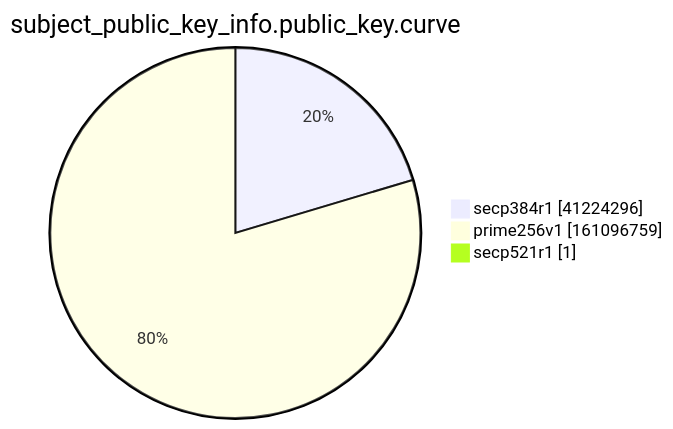
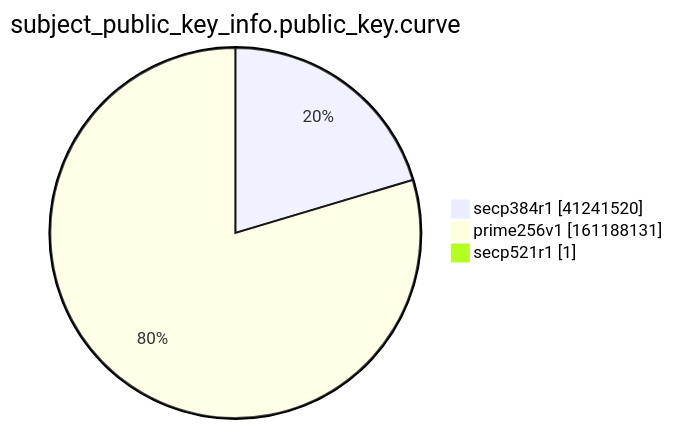
The ninth of 15 diagrams in xenon2022/README.md (christiankrug/ctmonitor_visualization), drawn with Mermaid before and after one commit. The commit also changed other lines of this file, not shown here.

````diff
--- a/xenon2022/README.md
+++ b/xenon2022/README.md
@@ -2868,7 +2868,7 @@
 ```mermaid
 pie showData
 title subject_public_key_info.public_key.curve
-"secp384r1" :41224296
-"prime256v1" :161096759
+"secp384r1" :41241520
+"prime256v1" :161188131
 "secp521r1" :1
 ```
````
